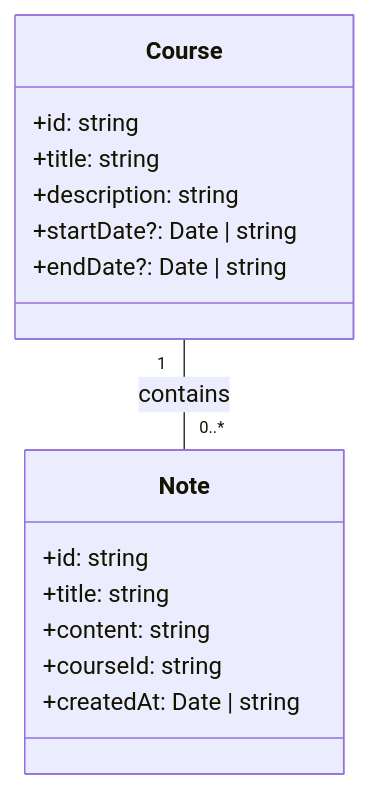
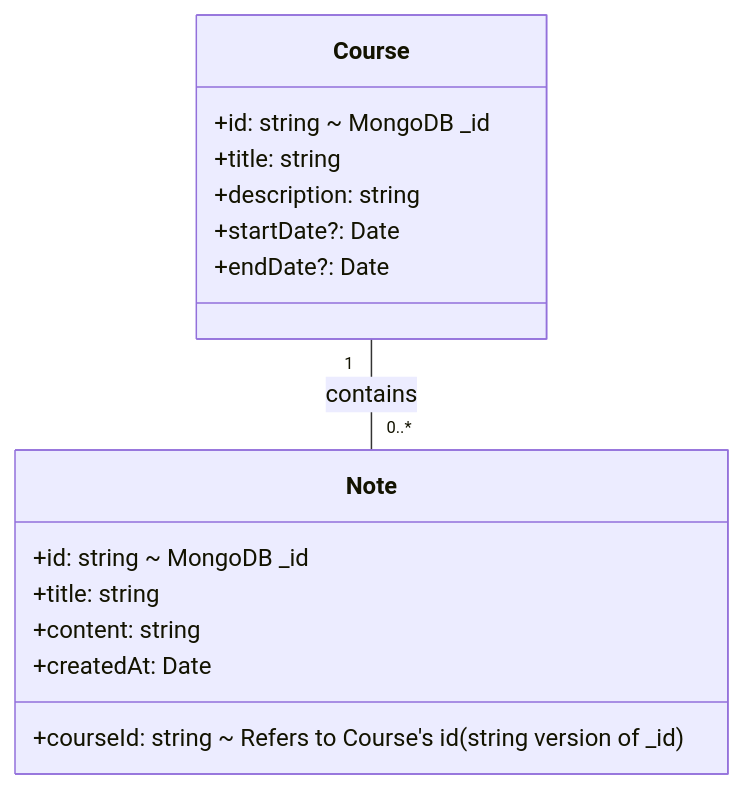
Before and after one commit to DiegoWebwork/helloyou: the diagram in README.md, drawn with Mermaid. The commit also changed other lines of this file and 9 other files, not shown here.

````diff
--- a/README.md
+++ b/README.md
@@ -112,20 +123,20 @@
 ```mermaid
 classDiagram
     class Course {
-        +id: string
+        +id: string  ~ MongoDB _id
         +title: string
         +description: string
-        +startDate?: Date | string
-        +endDate?: Date | string
+        +startDate?: Date
+        +endDate?: Date
     }
 
     class Note {
-        +id: string
+        +id: string  ~ MongoDB _id
         +title: string
         +content: string
-        +courseId: string
-        +createdAt: Date | string
+        +courseId: string ~ Refers to Course's id (string version of _id)
+        +createdAt: Date
     }
 
     Course "1" -- "0..*" Note : contains
 ```
````
